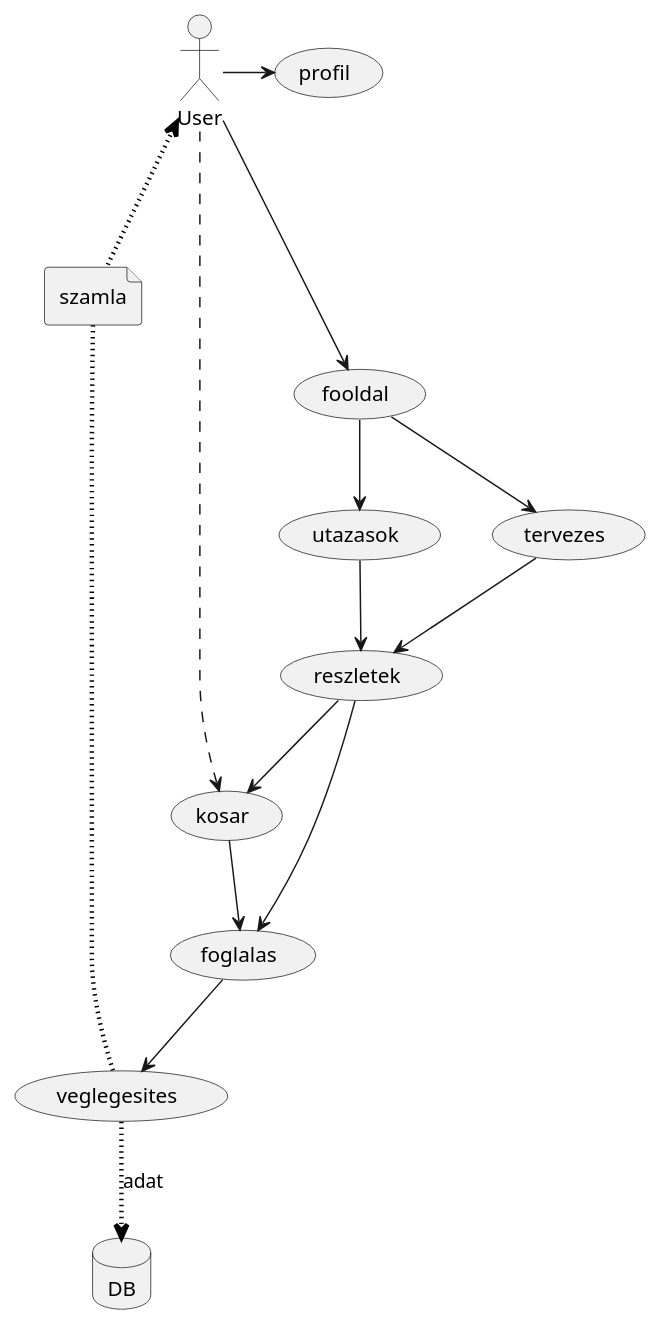
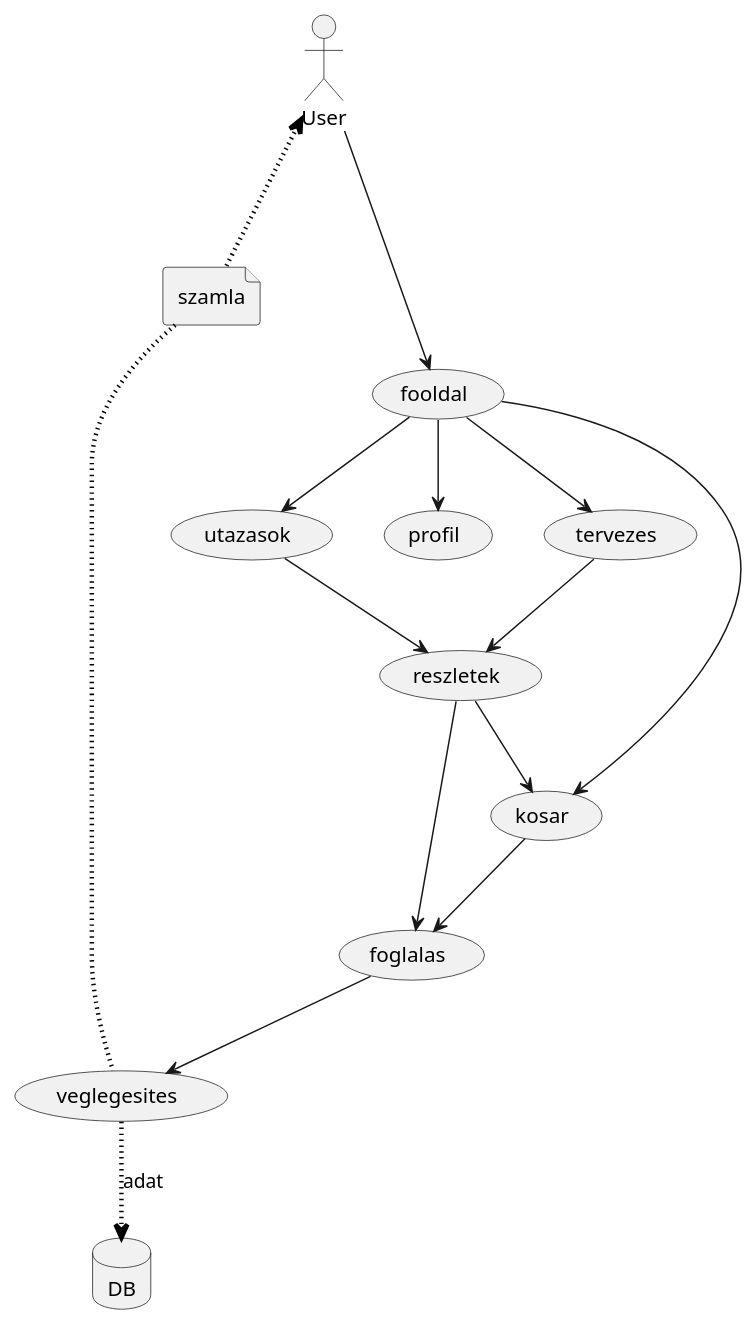
The diagram in logic.puml (PeacefulAvocado/JourneyMasters), drawn with PlantUML before and after one commit. The commit also changed 5 other files, not shown here.

```diff
--- a/logic.puml
+++ b/logic.puml
@@ -1,29 +1,29 @@
 @startuml
 
 :User:
 
 (fooldal)
 (utazasok)
 (tervezes)
 (profil)
 (kosar)
 (reszletek)
 (foglalas)
 file szamla
 database DB
 
 :User:--->(fooldal)
-:User:-right->(profil)
-:User:.right.>(kosar)
 (fooldal) -->(tervezes)
 (fooldal) -->(utazasok)
+(fooldal) -->(kosar)
+(fooldal) -->(profil)
 (utazasok)-->(reszletek)
 (tervezes)-->(reszletek)
 (reszletek)-->(kosar)
 (reszletek)-->(foglalas)
 (kosar)-->(foglalas)
 (foglalas) --> (veglegesites)
 (veglegesites) -[#black,dotted,thickness=3]-> DB  :adat 
 (veglegesites) -[#black,dotted,thickness=3]up- szamla  
 szamla -[#black,dotted,thickness=3]up-> :User:
 @enduml
```
